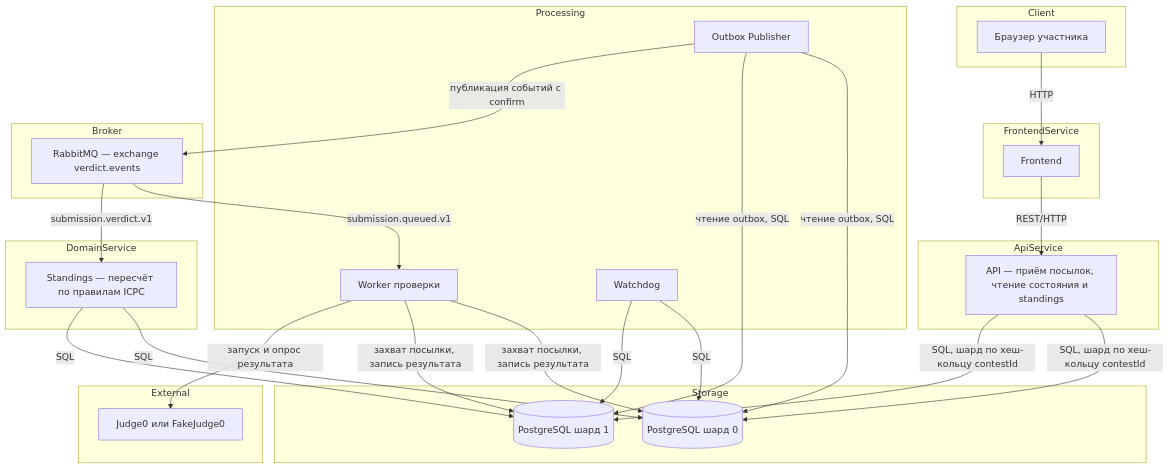
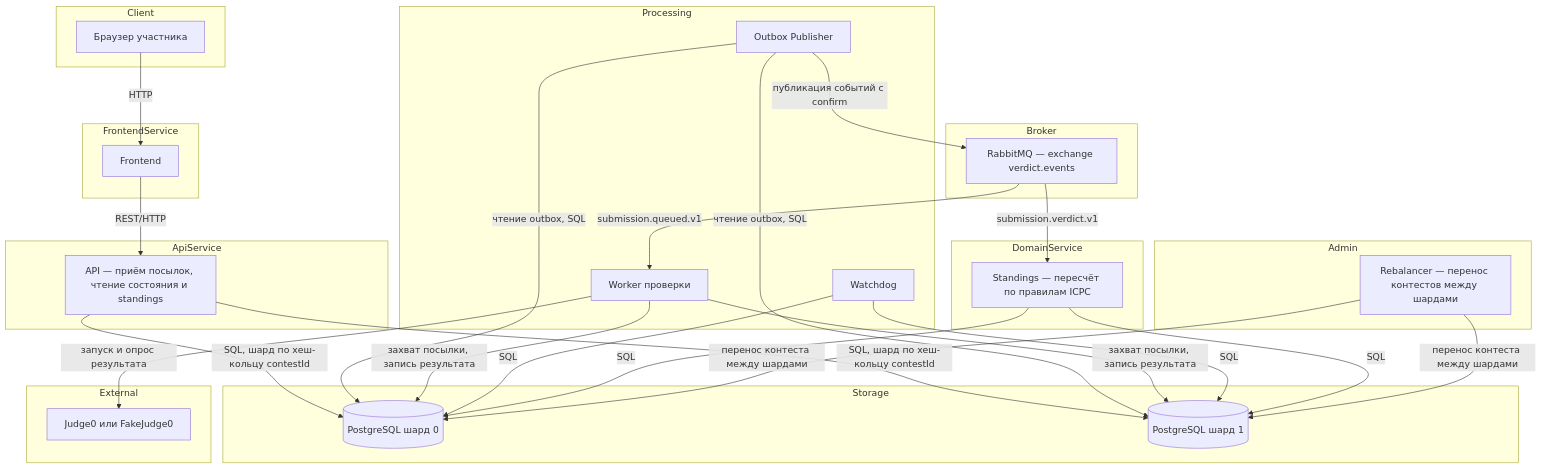
The first of 13 diagrams in docs/tr.md (spbu-ds-practicum-2026/hotfix), drawn with Mermaid before and after one commit. The commit also changed other lines of this file, not shown here.

````diff
--- a/docs/tr.md
+++ b/docs/tr.md
@@ -180,47 +170,52 @@
 ```mermaid
 graph TD
   subgraph Client
     UserApp[Браузер участника]
   end
   subgraph FrontendService
     Frontend[Frontend]
   end
   subgraph ApiService
     API[API — приём посылок, чтение состояния и standings]
   end
   subgraph Processing
     Publisher[Outbox Publisher]
     Worker[Worker проверки]
     Watchdog[Watchdog]
   end
   subgraph DomainService
     Standings[Standings — пересчёт по правилам ICPC]
   end
   subgraph Broker
     MQ[RabbitMQ — exchange verdict.events]
   end
   subgraph Storage
     Shard0[(PostgreSQL шард 0)]
     Shard1[(PostgreSQL шард 1)]
   end
+  subgraph Admin
+    Rebalancer[Rebalancer — перенос контестов между шардами]
+  end
   subgraph External
     Judge0[Judge0 или FakeJudge0]
   end
 
   UserApp-->|HTTP|Frontend
   Frontend-->|REST/HTTP|API
   API-->|SQL, шард по хеш-кольцу contestId|Shard0
   API-->|SQL, шард по хеш-кольцу contestId|Shard1
   Publisher-->|чтение outbox, SQL|Shard0
   Publisher-->|чтение outbox, SQL|Shard1
   Publisher-->|публикация событий с confirm|MQ
   MQ-->|submission.queued.v1|Worker
   Worker-->|захват посылки, запись результата|Shard0
   Worker-->|захват посылки, запись результата|Shard1
   Worker-->|запуск и опрос результата|Judge0
   Watchdog-->|SQL|Shard0
   Watchdog-->|SQL|Shard1
   MQ-->|submission.verdict.v1|Standings
   Standings-->|SQL|Shard0
   Standings-->|SQL|Shard1
+  Rebalancer-->|перенос контеста между шардами|Shard0
+  Rebalancer-->|перенос контеста между шардами|Shard1
 ```
````
